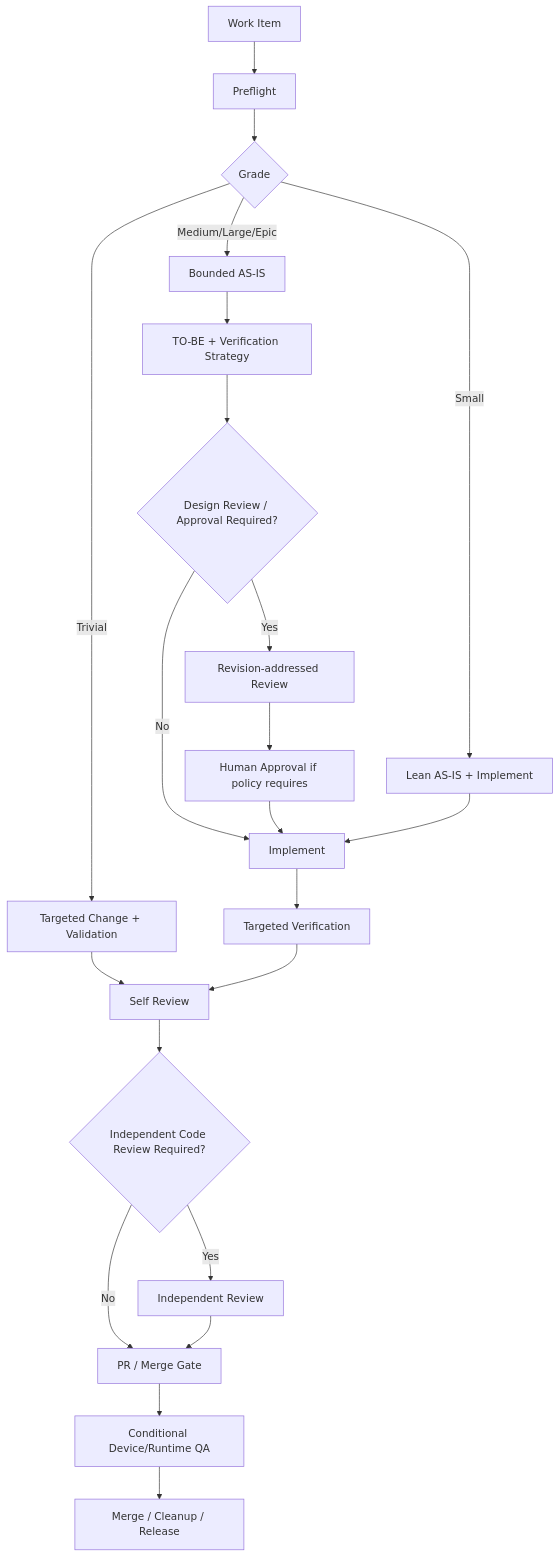
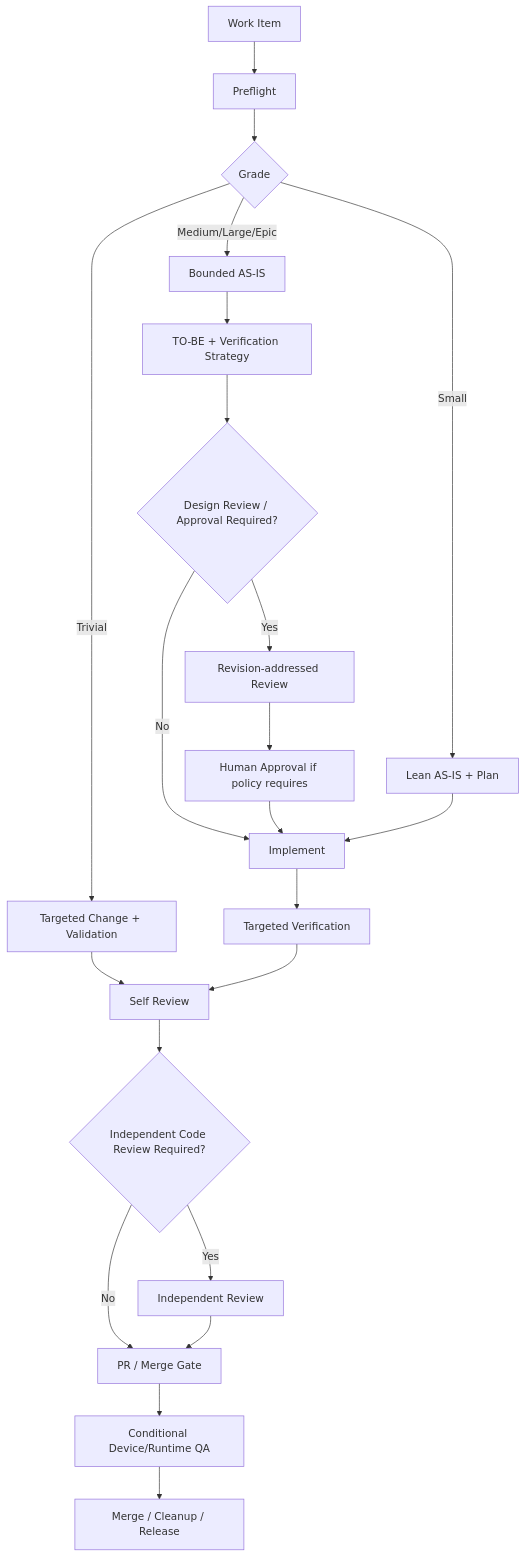
The diagram in README.md (seok-jun/adaptive-agentic-sdd), drawn with Mermaid before and after one commit.

Commit message:
docs: fix small-grade workflow path

````diff
--- a/README.md
+++ b/README.md
@@ -67,24 +67,24 @@
 ```mermaid
 flowchart TD
     A[Work Item] --> B[Preflight]
     B --> C{Grade}
     C -->|Trivial| T[Targeted Change + Validation]
-    C -->|Small| S[Lean AS-IS + Implement]
+    C -->|Small| S[Lean AS-IS + Plan]
     C -->|Medium/Large/Epic| D[Bounded AS-IS]
     D --> E[TO-BE + Verification Strategy]
     E --> F{Design Review / Approval Required?}
     F -->|Yes| G[Revision-addressed Review]
     G --> H[Human Approval if policy requires]
     F -->|No| I[Implement]
     H --> I
     S --> I
     T --> J[Self Review]
     I --> K[Targeted Verification]
     K --> J
     J --> L{Independent Code Review Required?}
     L -->|Yes| M[Independent Review]
     L -->|No| N[PR / Merge Gate]
     M --> N
     N --> O[Conditional Device/Runtime QA]
     O --> P[Merge / Cleanup / Release]
 ```
````
